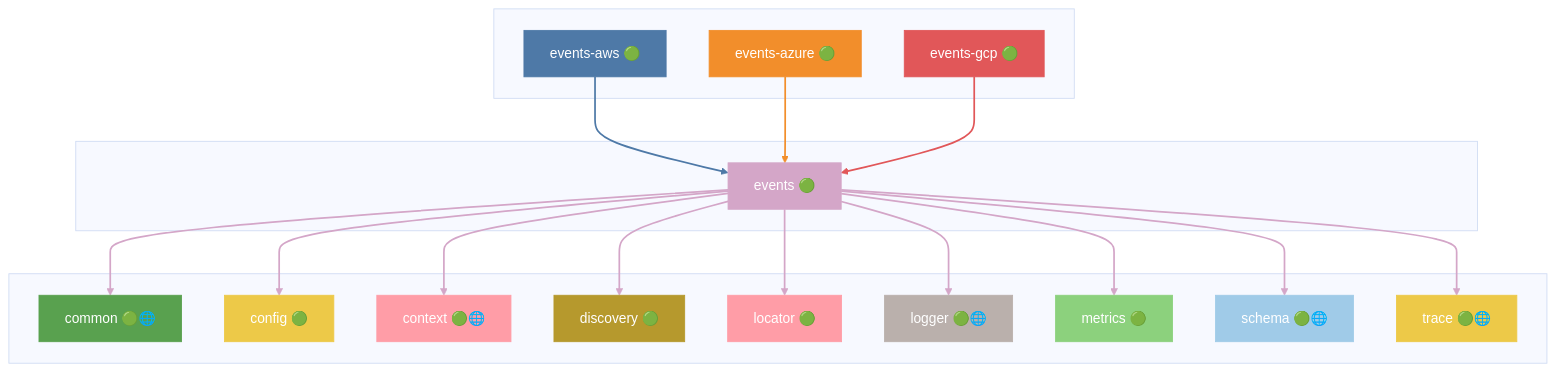
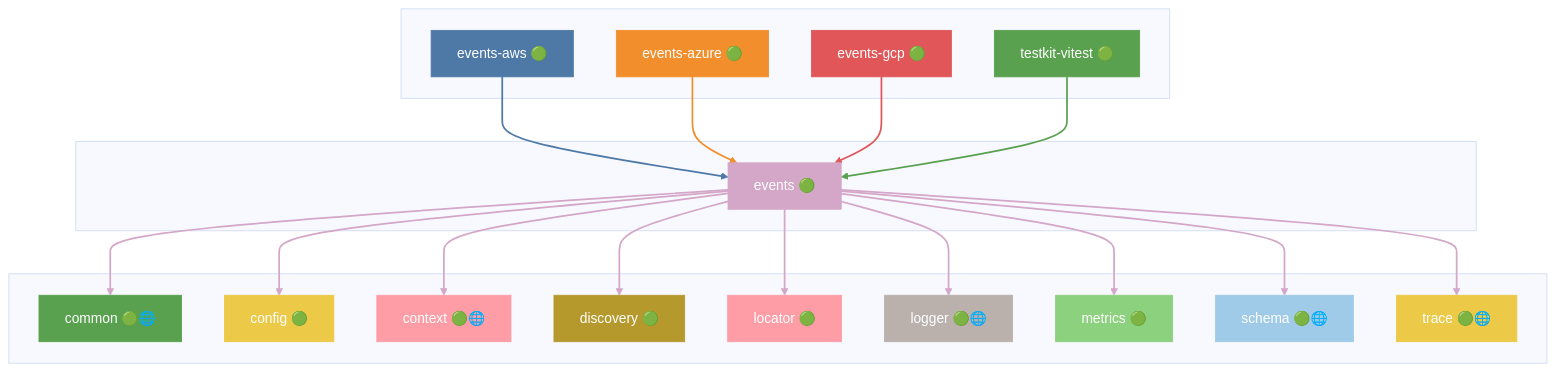
Before and after one commit to grest-ts/grest-ts: diagram 19 of 45 in docs/DEPENDENCIES.md, drawn with Mermaid (base theme). The commit also changed other lines of this file and 22 other files, not shown here.

````diff
--- a/docs/DEPENDENCIES.md
+++ b/docs/DEPENDENCIES.md
@@ -949,59 +991,63 @@
 ```mermaid
 flowchart TB
     subgraph Dependents[" "]
         events-aws["events-aws 🟢"]
         events-azure["events-azure 🟢"]
         events-gcp["events-gcp 🟢"]
+        testkit-vitest["testkit-vitest 🟢"]
     end
     subgraph Package[" "]
         events["events 🟢"]
     end
     subgraph Dependencies[" "]
         common["common 🟢🌐"]
         config["config 🟢"]
         context["context 🟢🌐"]
         discovery["discovery 🟢"]
         locator["locator 🟢"]
         logger["logger 🟢🌐"]
         metrics["metrics 🟢"]
         schema["schema 🟢🌐"]
         trace["trace 🟢🌐"]
     end
     events-aws --> events
     events-azure --> events
     events-gcp --> events
+    testkit-vitest --> events
     events --> common
     events --> config
     events --> context
     events --> discovery
     events --> locator
     events --> logger
     events --> metrics
     events --> schema
     events --> trace
     style events fill:#D4A6C8,stroke:#D4A6C8,color:#fff
     style events-aws fill:#4E79A7,stroke:#4E79A7,color:#fff
     style events-azure fill:#F28E2B,stroke:#F28E2B,color:#fff
     style events-gcp fill:#E15759,stroke:#E15759,color:#fff
+    style testkit-vitest fill:#59A14F,stroke:#59A14F,color:#fff
     style common fill:#59A14F,stroke:#59A14F,color:#fff
     style config fill:#EDC948,stroke:#EDC948,color:#fff
     style context fill:#FF9DA7,stroke:#FF9DA7,color:#fff
     style discovery fill:#B6992D,stroke:#B6992D,color:#fff
     style locator fill:#FF9DA7,stroke:#FF9DA7,color:#fff
     style logger fill:#BAB0AC,stroke:#BAB0AC,color:#fff
     style metrics fill:#8CD17D,stroke:#8CD17D,color:#fff
     style schema fill:#A0CBE8,stroke:#A0CBE8,color:#fff
     style trace fill:#EDC948,stroke:#EDC948,color:#fff
     linkStyle 0 stroke:#4E79A7,stroke-width:2px
     linkStyle 1 stroke:#F28E2B,stroke-width:2px
     linkStyle 2 stroke:#E15759,stroke-width:2px
-    linkStyle 3 stroke:#D4A6C8,stroke-width:2px
+    linkStyle 3 stroke:#59A14F,stroke-width:2px
     linkStyle 4 stroke:#D4A6C8,stroke-width:2px
     linkStyle 5 stroke:#D4A6C8,stroke-width:2px
     linkStyle 6 stroke:#D4A6C8,stroke-width:2px
     linkStyle 7 stroke:#D4A6C8,stroke-width:2px
     linkStyle 8 stroke:#D4A6C8,stroke-width:2px
     linkStyle 9 stroke:#D4A6C8,stroke-width:2px
     linkStyle 10 stroke:#D4A6C8,stroke-width:2px
     linkStyle 11 stroke:#D4A6C8,stroke-width:2px
+    linkStyle 12 stroke:#D4A6C8,stroke-width:2px
 ```
````
